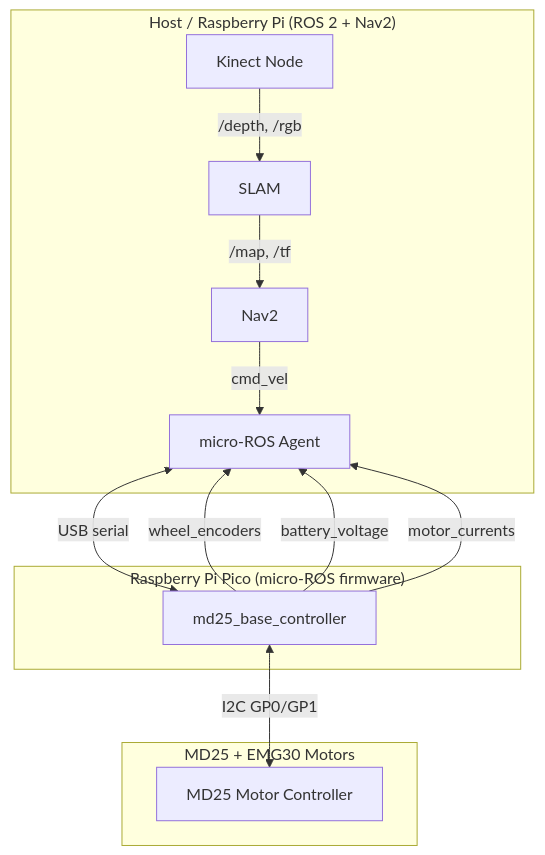
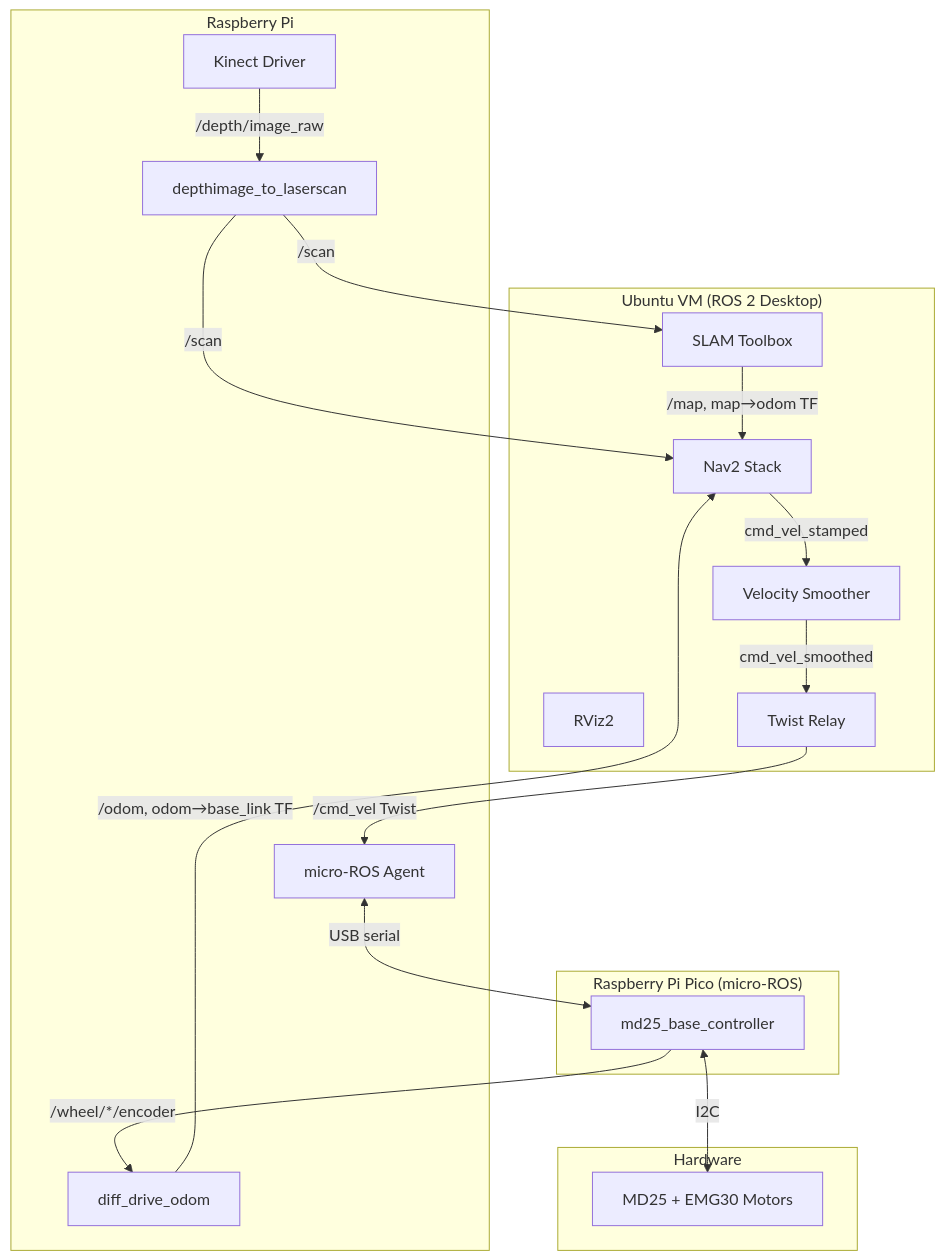
Before and after one commit to robodude0395/ros2-autonomous-turtle-robot: the diagram in README.md, drawn with Mermaid. The commit also changed other lines of this file and 1 other file, not shown here.

````diff
--- a/README.md
+++ b/README.md
@@ -7,29 +9,38 @@
 ```mermaid
 graph TD
-    subgraph Host["Host / Raspberry Pi (ROS 2 + Nav2)"]
-        Nav2[Nav2]
-        SLAM[SLAM]
-        Kinect[Kinect Node]
-        Agent[micro-ROS Agent]
+    subgraph VM["Ubuntu VM (ROS 2 Desktop)"]
+        RViz[RViz2]
+        Nav2[Nav2 Stack]
+        SLAM[SLAM Toolbox]
+        Smoother[Velocity Smoother]
+        Relay[Twist Relay]
     end
 
-    subgraph Pico["Raspberry Pi Pico (micro-ROS firmware)"]
-        Node[md25_base_controller]
+    subgraph Pi["Raspberry Pi"]
+        Kinect[Kinect Driver]
+        D2L[depthimage_to_laserscan]
+        Agent[micro-ROS Agent]
+        Odom[diff_drive_odom]
     end
 
-    subgraph Hardware["MD25 + EMG30 Motors"]
-        MD25[MD25 Motor Controller]
+    subgraph Pico["Raspberry Pi Pico (micro-ROS)"]
+        FW[md25_base_controller]
     end
 
-    Nav2 -->|cmd_vel| Agent
-    SLAM -->|/map, /tf| Nav2
-    Kinect -->|/depth, /rgb| SLAM
+    subgraph HW["Hardware"]
+        MD25[MD25 + EMG30 Motors]
+    end
 
-    Agent <-->|USB serial| Node
+    Kinect -->|/depth/image_raw| D2L
+    D2L -->|/scan| SLAM
+    D2L -->|/scan| Nav2
+    SLAM -->|/map, map→odom TF| Nav2
+    Nav2 -->|cmd_vel_stamped| Smoother
+    Smoother -->|cmd_vel_smoothed| Relay
+    Relay -->|/cmd_vel Twist| Agent
 
-    Node -->|wheel_encoders| Agent
-    Node -->|battery_voltage| Agent
-    Node -->|motor_currents| Agent
-
-    Node <-->|I2C GP0/GP1| MD25
+    Agent <-->|USB serial| FW
+    FW -->|/wheel/*/encoder| Odom
+    Odom -->|/odom, odom→base_link TF| Nav2
+    FW <-->|I2C| MD25
 ```
````
